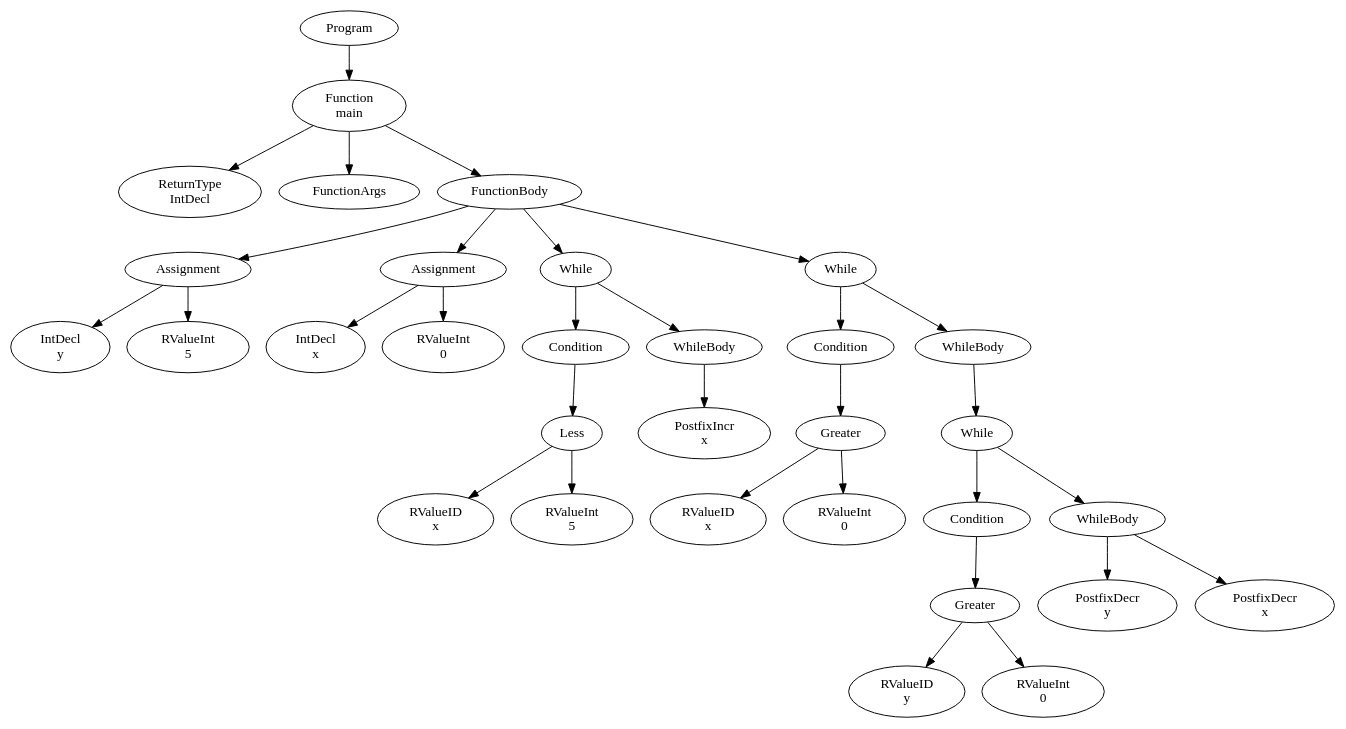
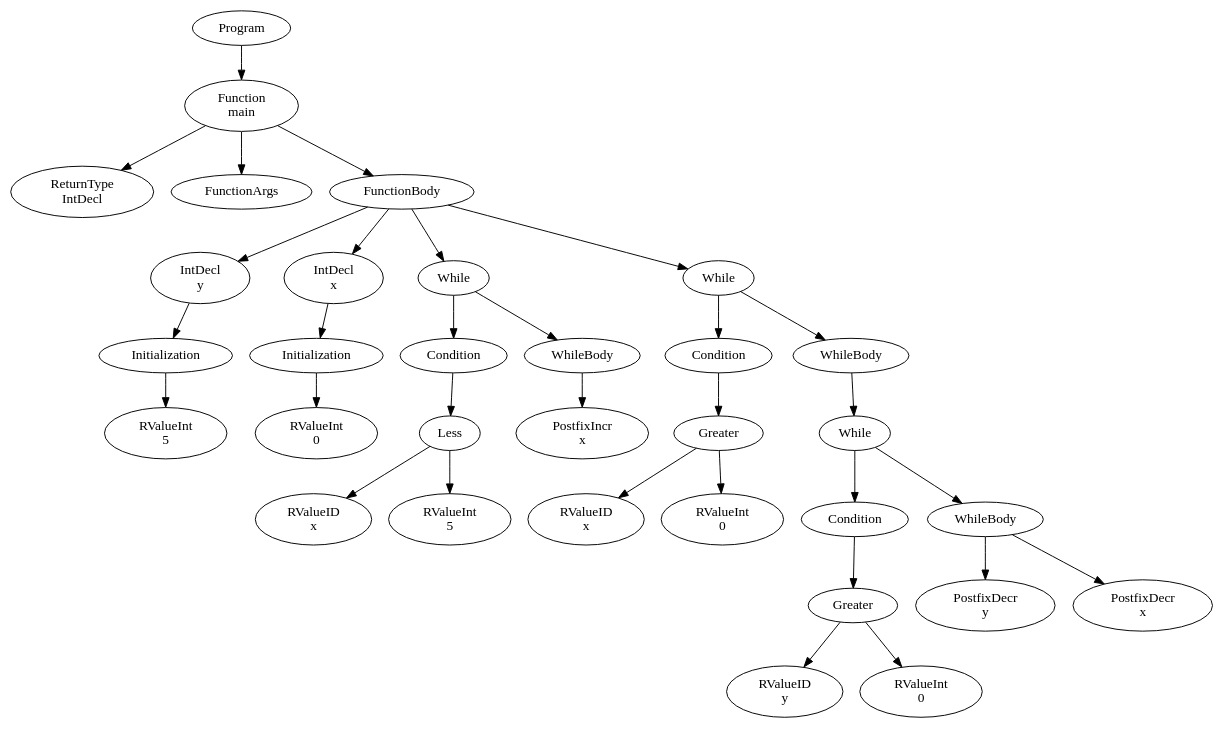
The diagram in official/res/solutions/while.dot (FedericoQuin/Compilers), drawn with Graphviz before and after one commit. The commit also changed 19 other files, not shown here.

```diff
--- a/official/res/solutions/while.dot
+++ b/official/res/solutions/while.dot
@@ -1,65 +1,65 @@
 digraph AST {
 1 [label="Program"];
 2 [label="Function \nmain"];
 3 [label="ReturnType \nIntDecl"];
 4 [label="FunctionArgs"];
 5 [label="FunctionBody"];
-6 [label="Assignment"];
-7 [label="IntDecl \ny"];
+6 [label="IntDecl \ny"];
+7 [label="Initialization"];
 8 [label="RValueInt \n5"];
+7 -> 8;
 6 -> 7;
-6 -> 8;
-9 [label="Assignment"];
-10 [label="IntDecl \nx"];
+9 [label="IntDecl \nx"];
+10 [label="Initialization"];
 11 [label="RValueInt \n0"];
+10 -> 11;
 9 -> 10;
-9 -> 11;
 12 [label="While"];
 13 [label="Condition"];
 14 [label="Less"];
 15 [label="RValueID \nx"];
 16 [label="RValueInt \n5"];
 14 -> 15;
 14 -> 16;
 13 -> 14;
 17 [label="WhileBody"];
 18 [label="PostfixIncr \nx"];
 17 -> 18;
 12 -> 13;
 12 -> 17;
 19 [label="While"];
 20 [label="Condition"];
 21 [label="Greater"];
 22 [label="RValueID \nx"];
 23 [label="RValueInt \n0"];
 21 -> 22;
 21 -> 23;
 20 -> 21;
 24 [label="WhileBody"];
 25 [label="While"];
 26 [label="Condition"];
 27 [label="Greater"];
 28 [label="RValueID \ny"];
 29 [label="RValueInt \n0"];
 27 -> 28;
 27 -> 29;
 26 -> 27;
 30 [label="WhileBody"];
 31 [label="PostfixDecr \ny"];
 32 [label="PostfixDecr \nx"];
 30 -> 31;
 30 -> 32;
 25 -> 26;
 25 -> 30;
 24 -> 25;
 19 -> 20;
 19 -> 24;
 5 -> 6;
 5 -> 9;
 5 -> 12;
 5 -> 19;
 2 -> 3;
 2 -> 4;
 2 -> 5;
 1 -> 2;
 }
```
